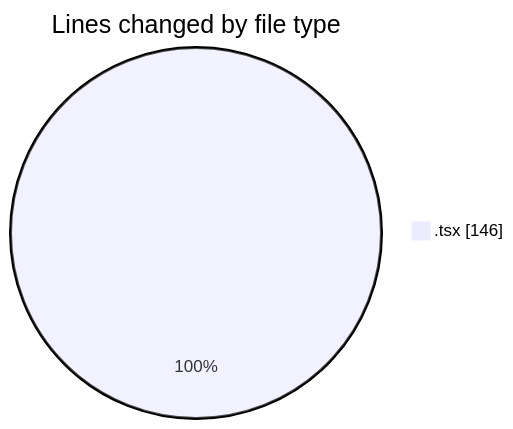
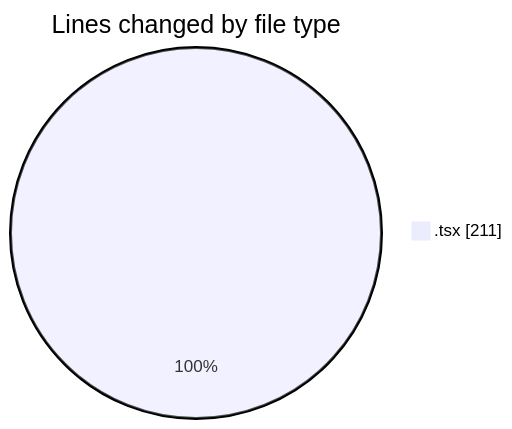
Before and after one commit to momahboobian/code-tracking: the first of 2 diagrams in 2026-03-27/cda/README.md, drawn with Mermaid. The commit also changed other lines of this file and 1 other file, not shown here.

````diff
--- a/2026-03-27/cda/README.md
+++ b/2026-03-27/cda/README.md
@@ -20,5 +20,5 @@
 ```mermaid
 pie showData
 title Lines changed by file type
-".tsx" : 146
+".tsx" : 211
 ```
````
